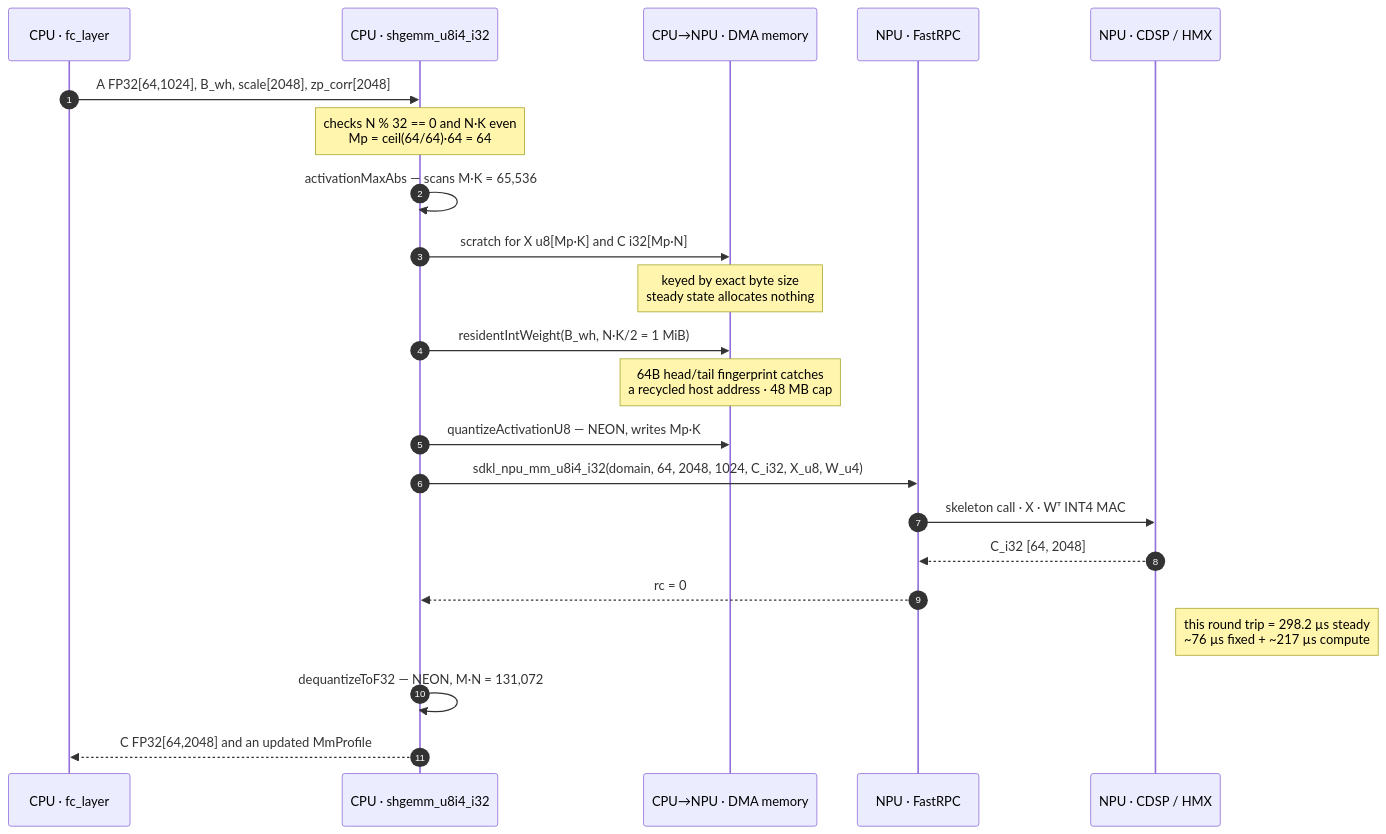
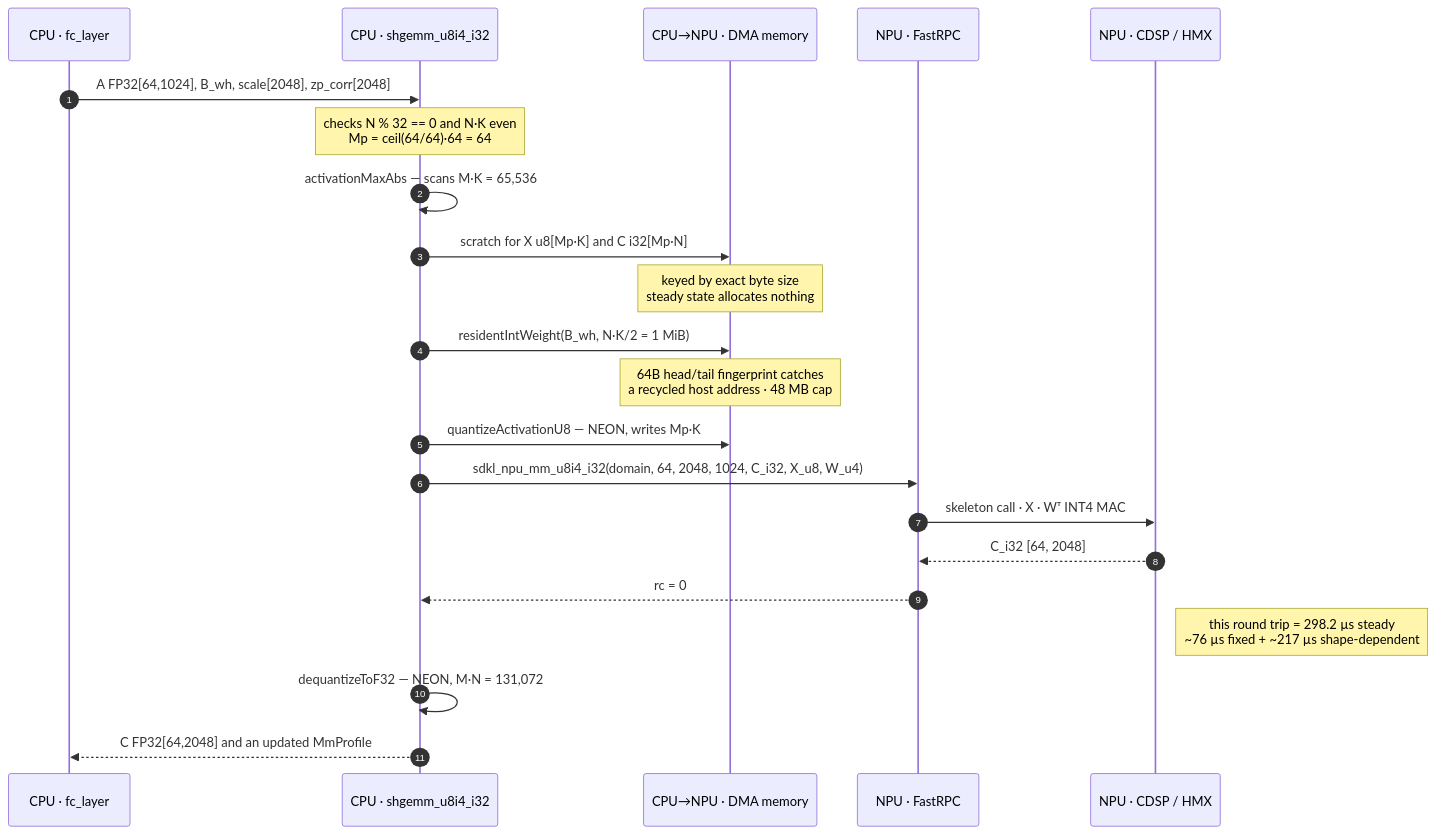
The fourth of 5 diagrams in docs/backend_guide/htp_backend/fc_layer_u8i4_e2e_flow.md (Seunghui98/nntrainer), drawn with Mermaid before and after one commit. The commit also changed other lines of this file, not shown here.

````diff
--- a/docs/backend_guide/htp_backend/fc_layer_u8i4_e2e_flow.md
+++ b/docs/backend_guide/htp_backend/fc_layer_u8i4_e2e_flow.md
@@ -137,25 +156,25 @@
 ```mermaid
 sequenceDiagram
   autonumber
   participant FC as CPU · fc_layer
   participant KN as CPU · shgemm_u8i4_i32
   participant MEM as CPU→NPU · DMA memory
   participant RPC as NPU · FastRPC
   participant HMX as NPU · CDSP / HMX
 
   FC->>KN: A FP32[64,1024], B_wh, scale[2048], zp_corr[2048]
   Note over KN: checks N % 32 == 0 and N·K even<br/>Mp = ceil(64/64)·64 = 64
   KN->>KN: activationMaxAbs — scans M·K = 65,536
   KN->>MEM: scratch for X u8[Mp·K] and C i32[Mp·N]
   Note over MEM: keyed by exact byte size<br/>steady state allocates nothing
   KN->>MEM: residentIntWeight(B_wh, N·K/2 = 1 MiB)
   Note over MEM: 64B head/tail fingerprint catches<br/>a recycled host address · 48 MB cap
   KN->>MEM: quantizeActivationU8 — NEON, writes Mp·K
   KN->>RPC: sdkl_npu_mm_u8i4_i32(domain, 64, 2048, 1024, C_i32, X_u8, W_u4)
   RPC->>HMX: skeleton call · X · Wᵀ INT4 MAC
   HMX-->>RPC: C_i32 [64, 2048]
   RPC-->>KN: rc = 0
-  Note right of HMX: this round trip = 298.2 µs steady<br/>~76 µs fixed + ~217 µs compute
+  Note right of HMX: this round trip = 298.2 µs steady<br/>~76 µs fixed + ~217 µs shape-dependent
   KN->>KN: dequantizeToF32 — NEON, M·N = 131,072
   KN-->>FC: C FP32[64,2048] and an updated MmProfile
 ```
````
